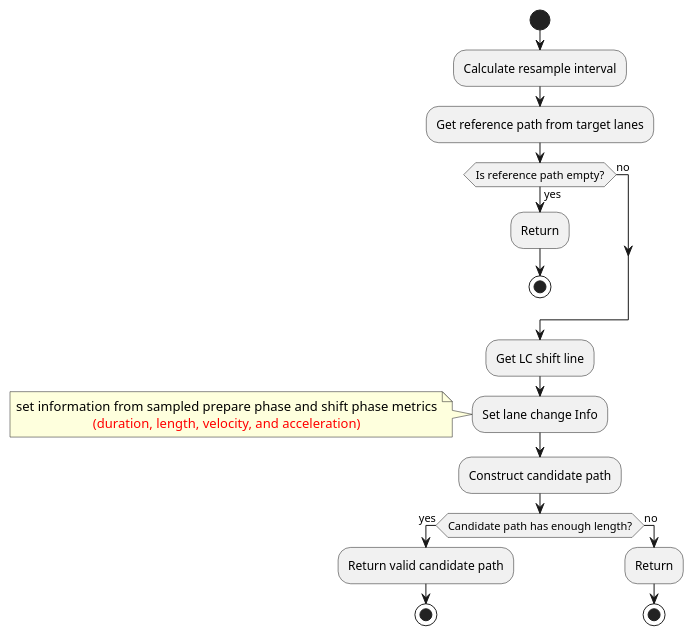
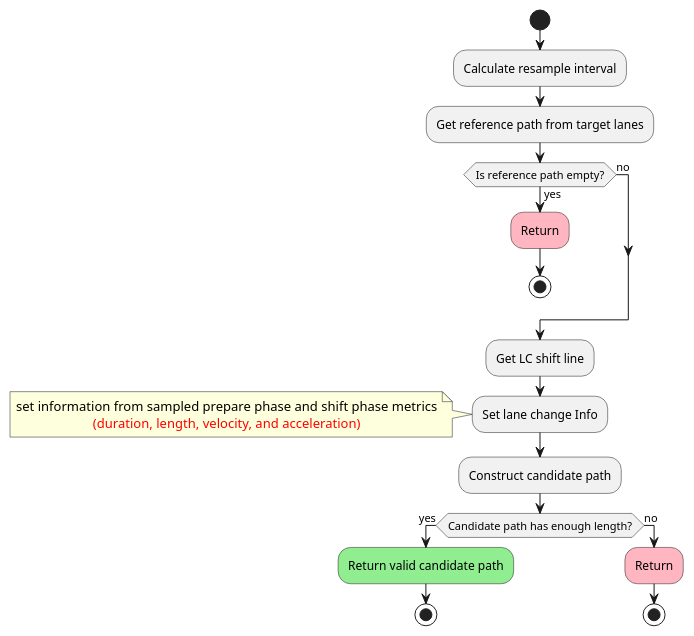
One commit to autowarefoundation/autoware.universe changed the second of 9 diagrams in planning/behavior_path_planner/autoware_behavior_path_lane_change_module/README.md. Above: the diagram before and after it, drawn with PlantUML. The commit also changed other lines of this file, not shown here.

Commit message:
add colors to flow chart in README

````diff
--- a/planning/behavior_path_planner/autoware_behavior_path_lane_change_module/README.md
+++ b/planning/behavior_path_planner/autoware_behavior_path_lane_change_module/README.md
@@ -94,34 +94,34 @@
 ```plantuml
 @startuml
 skinparam defaultTextAlignment center
 skinparam backgroundColor #WHITE
 
 start
 
 :Calculate resample interval;
 
 :Get reference path from target lanes;
 
 if (Is reference path empty?) then (yes)
-  :Return;
+  #LightPink:Return;
   stop
 else (no)
 endif
 
 :Get LC shift line;
 
 :Set lane change Info;
 note left: set information from sampled prepare phase and shift phase metrics\n<color:red>(duration, length, velocity, and acceleration)
 
 :Construct candidate path;
 
 if (Candidate path has enough length?) then (yes)
-  :Return valid candidate path;
+  #LightGreen:Return valid candidate path;
   stop
 else (no)
-  :Return;
+  #LightPink:Return;
   stop
 endif
 
 @enduml
 ```
````
